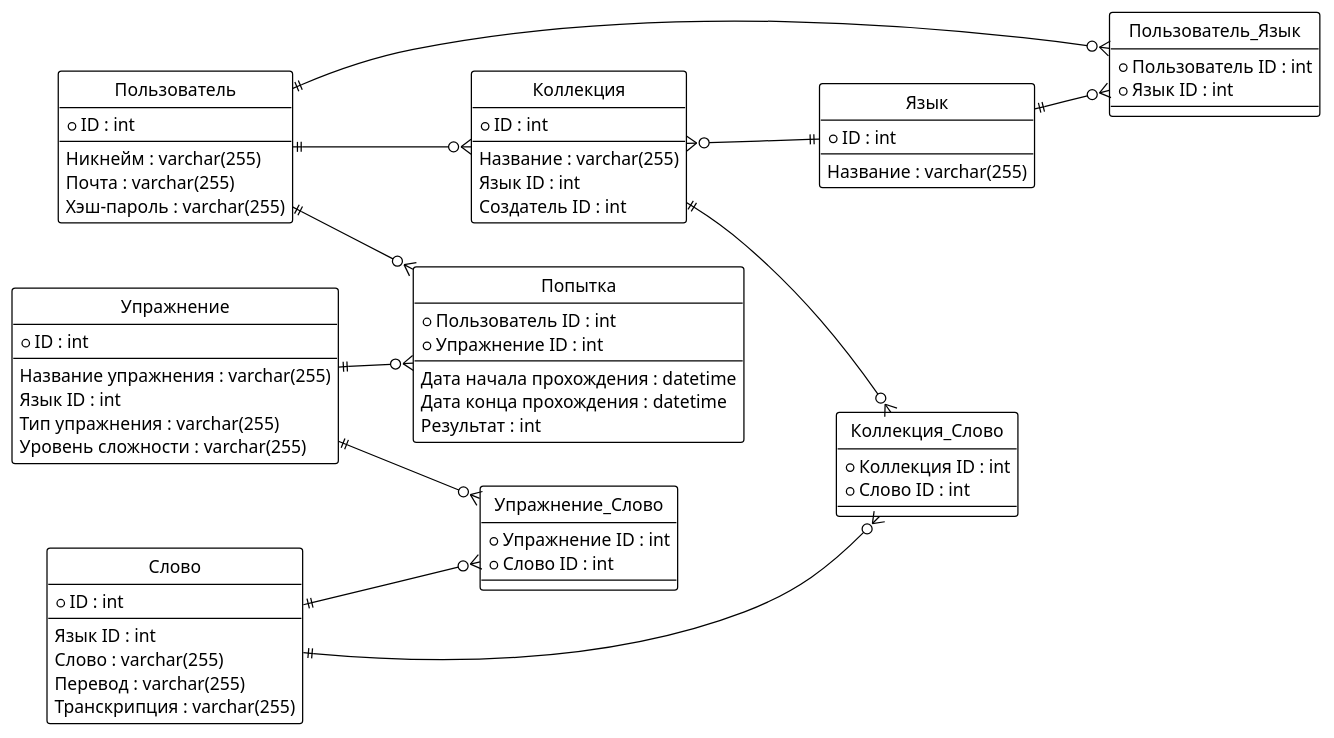
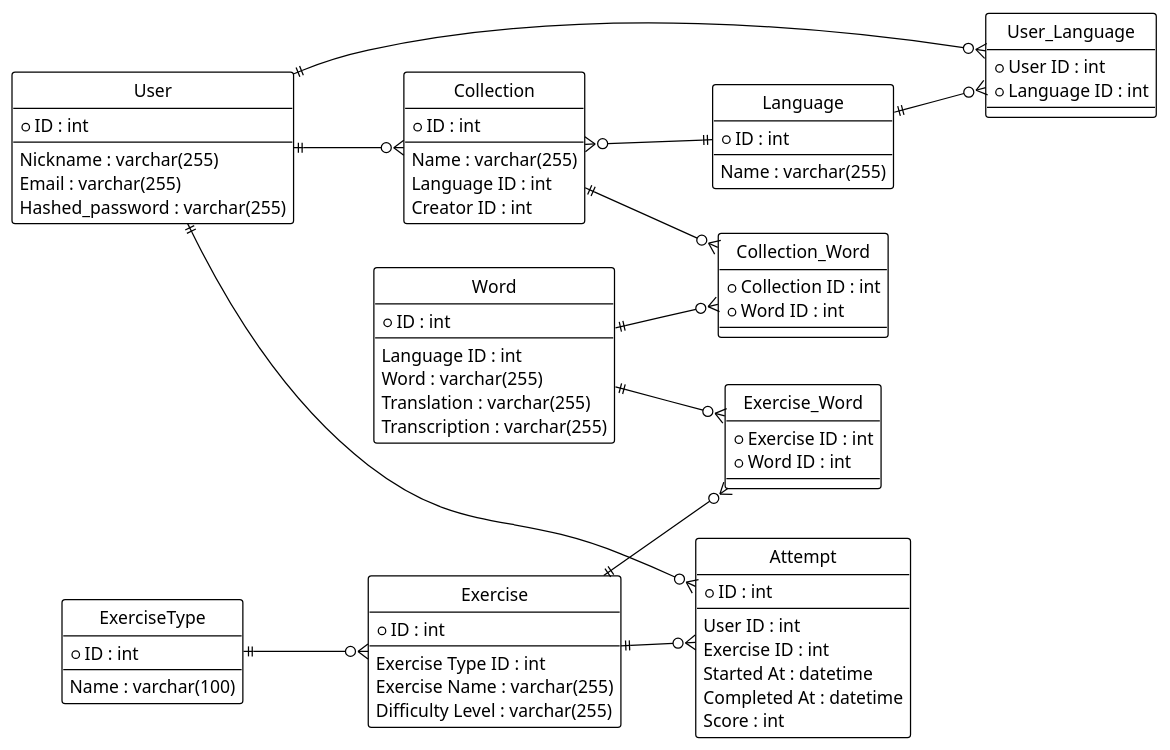
The diagram in lab_1/REPORT.md (Nadezhda13Soloveva/MAI_DB), drawn with PlantUML before and after one commit. The commit also changed other lines of this file and 11 other files, not shown here.

```diff
--- a/lab_1/REPORT.md
+++ b/lab_1/REPORT.md
@@ -106,72 +110,78 @@
 hide circle
 left to right direction
 
-entity "Пользователь" as User {
+entity "User" as User {
   * ID : int
   --
-  Никнейм : varchar(255)
-  Почта : varchar(255)
-  Хэш-пароль : varchar(255)
+  Nickname : varchar(255)
+  Email : varchar(255)
+  Hashed_password : varchar(255)
 }
 
-entity "Язык" as Language {
+entity "Language" as Language {
   * ID : int
   --
-  Название : varchar(255)
+  Name : varchar(255)
 }
 
-entity "Коллекция" as Collection {
+entity "Collection" as Collection {
   * ID : int
   --
-  Название : varchar(255)
-  Язык ID : int
-  Создатель ID : int
+  Name : varchar(255)
+  Language ID : int
+  Creator ID : int
 }
 
-entity "Слово" as Word {
+entity "Word" as Word {
   * ID : int
   --
-  Язык ID : int
-  Слово : varchar(255)
-  Перевод : varchar(255)
-  Транскрипция : varchar(255)
+  Language ID : int
+  Word : varchar(255)
+  Translation : varchar(255)
+  Transcription : varchar(255)
 }
 
-entity "Упражнение" as Exercise {
+entity "ExerciseType" as ExerciseType {
   * ID : int
   --
-  Название упражнения : varchar(255)
-  Язык ID : int
-  Тип упражнения : varchar(255)
-  Уровень сложности : varchar(255)
+  Name : varchar(100)
 }
 
-entity "Попытка" as Attempt {
-  * Пользователь ID : int
-  * Упражнение ID : int
+entity "Exercise" as Exercise {
+  * ID : int
   --
-  Дата начала прохождения : datetime
-  Дата конца прохождения : datetime
-  Результат : int
+  Exercise Type ID : int
+  Exercise Name : varchar(255)
+  Difficulty Level : varchar(255)
 }
 
-' Промежуточные таблицы для связей M:N
-entity "Пользователь_Язык" as UserLanguage {
-  * Пользователь ID : int
-  * Язык ID : int
+entity "Attempt" as Attempt {
+  * ID : int
+  --
+  User ID : int
+  Exercise ID : int
+  Started At : datetime
+  Completed At : datetime
+  Score : int
 }
 
-entity "Коллекция_Слово" as CollectionWord {
-  * Коллекция ID : int
-  * Слово ID : int
+' Junction tables for M:N relationships
+entity "User_Language" as UserLanguage {
+  * User ID : int
+  * Language ID : int
 }
 
-entity "Упражнение_Слово" as ExerciseWord {
-  * Упражнение ID : int
-  * Слово ID : int
+entity "Collection_Word" as CollectionWord {
+  * Collection ID : int
+  * Word ID : int
 }
 
-' Определение связей
+entity "Exercise_Word" as ExerciseWord {
+  * Exercise ID : int
+  * Word ID : int
+}
+
+' Defining relationships
 User ||--o{ UserLanguage
 Language ||--o{ UserLanguage
 
@@ -181,6 +191,8 @@
 Collection ||--o{ CollectionWord
 Word ||--o{ CollectionWord
 
+ExerciseType ||--o{ Exercise
+
 Exercise ||--o{ ExerciseWord
 Word ||--o{ ExerciseWord
 
```
